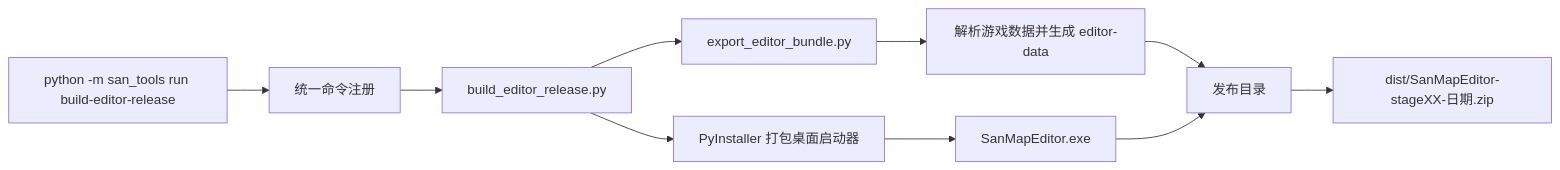
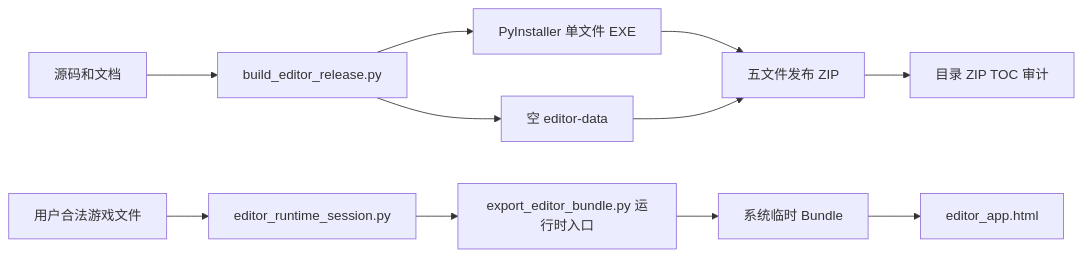
One commit to mzhinf/SanMapEditor changed the diagram in docs/EDITOR_PACKAGING_CHAIN.zh.md. Above: the diagram before and after it, drawn with Mermaid. The commit also changed other lines of this file and 16 other files, not shown here.

````diff
--- a/docs/EDITOR_PACKAGING_CHAIN.zh.md
+++ b/docs/EDITOR_PACKAGING_CHAIN.zh.md
@@ -7,12 +7,13 @@
 ```mermaid
 flowchart LR
-    A["python -m san_tools run build-editor-release"] --> B["统一命令注册"]
-    B --> C["build_editor_release.py"]
-    C --> D["export_editor_bundle.py"]
-    D --> E["解析游戏数据并生成 editor-data"]
-    C --> F["PyInstaller 打包桌面启动器"]
-    F --> G["SanMapEditor.exe"]
-    E --> H["发布目录"]
-    G --> H
-    H --> I["dist/SanMapEditor-stageXX-日期.zip"]
+  A[源码和文档] --> B[build_editor_release.py]
+  B --> C[PyInstaller 单文件 EXE]
+  B --> D[空 editor-data]
+  C --> E[五文件发布 ZIP]
+  D --> E
+  E --> F[目录 ZIP TOC 审计]
+  G[用户合法游戏文件] --> H[editor_runtime_session.py]
+  H --> I[export_editor_bundle.py 运行时入口]
+  I --> J[系统临时 Bundle]
+  J --> K[editor_app.html]
 ```
````
